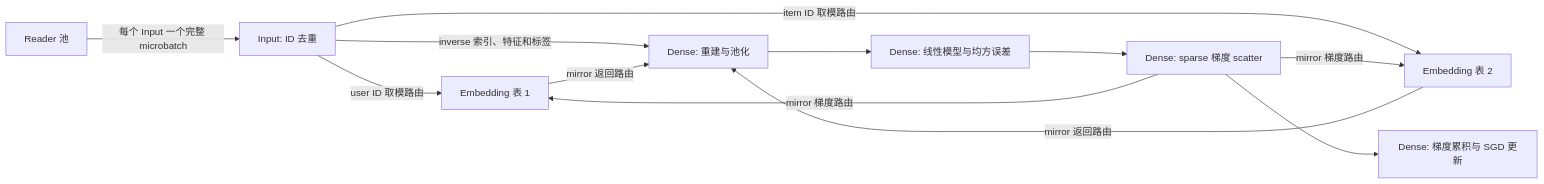
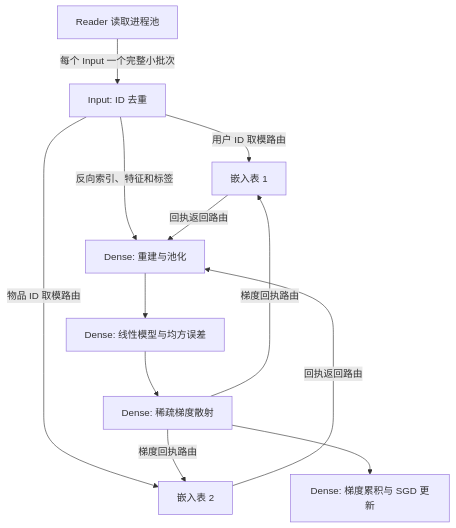
One commit to diaosj/fluxway changed the first of 2 diagrams in fluxway/example/recommendation/README_zh.md. Above: the diagram before and after it, drawn with Mermaid. The commit also changed other lines of this file and 39 other files, not shown here.

Commit message:
[Docs] Enrich documentation files for SPMD protocol, placement recipes, and architecture.

````diff
--- a/fluxway/example/recommendation/README_zh.md
+++ b/fluxway/example/recommendation/README_zh.md
@@ -11,14 +11,14 @@
 ```mermaid
-flowchart LR
-    R[Reader 池] -->|每个 Input 一个完整 microbatch| I[Input: ID 去重]
-    I -->|user ID 取模路由| T1[Embedding 表 1]
-    I -->|item ID 取模路由| T2[Embedding 表 2]
-    I -->|inverse 索引、特征和标签| P[Dense: 重建与池化]
-    T1 -->|mirror 返回路由| P
-    T2 -->|mirror 返回路由| P
+flowchart TD
+    R[Reader 读取进程池] -->|每个 Input 一个完整小批次| I[Input: ID 去重]
+    I -->|用户 ID 取模路由| T1[嵌入表 1]
+    I -->|物品 ID 取模路由| T2[嵌入表 2]
+    I -->|反向索引、特征和标签| P[Dense: 重建与池化]
+    T1 -->|回执返回路由| P
+    T2 -->|回执返回路由| P
     P --> C[Dense: 线性模型与均方误差]
-    C --> S[Dense: sparse 梯度 scatter]
-    S -->|mirror 梯度路由| T1
-    S -->|mirror 梯度路由| T2
+    C --> S[Dense: 稀疏梯度散射]
+    S -->|梯度回执路由| T1
+    S -->|梯度回执路由| T2
     S --> U[Dense: 梯度累积与 SGD 更新]
 ```
````
